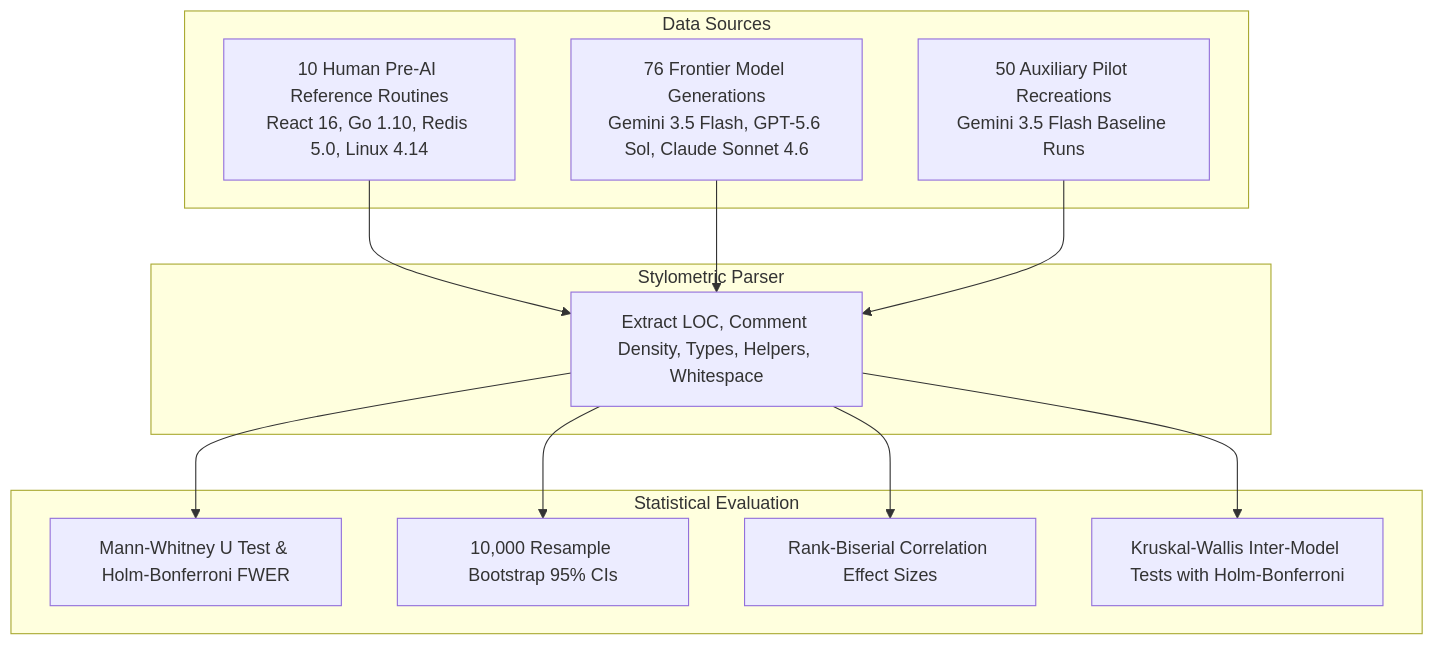
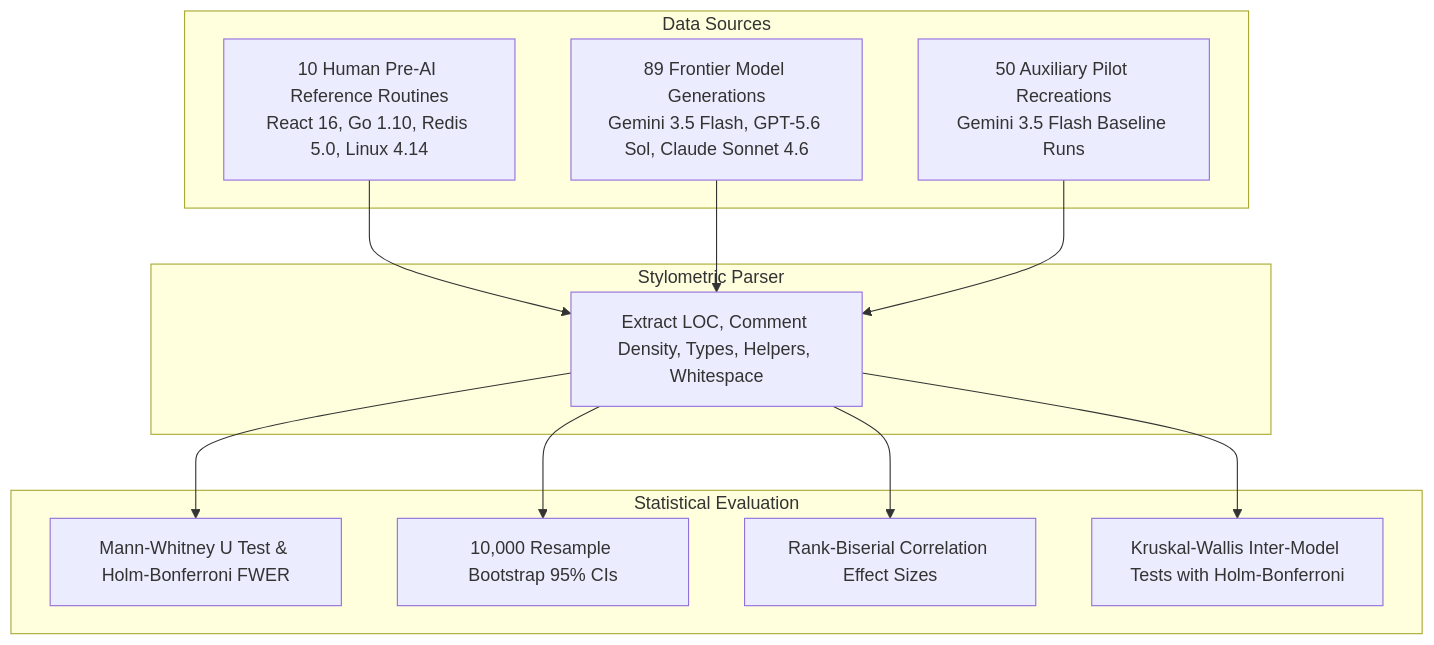
The diagram in paper/research_paper.md (local-over/ai-code-stylometrics-study), drawn with Mermaid before and after one commit. The commit also changed other lines of this file and 5 other files, not shown here.

````diff
--- a/paper/research_paper.md
+++ b/paper/research_paper.md
@@ -34,27 +34,27 @@
 ```mermaid
 flowchart TD
     subgraph Data Sources
         H[10 Human Pre-AI Reference Routines\nReact 16, Go 1.10, Redis 5.0, Linux 4.14]
-        F[76 Frontier Model Generations\nGemini 3.5 Flash, GPT-5.6 Sol, Claude Sonnet 4.6]
+        F[89 Frontier Model Generations\nGemini 3.5 Flash, GPT-5.6 Sol, Claude Sonnet 4.6]
         A[50 Auxiliary Pilot Recreations\nGemini 3.5 Flash Baseline Runs]
     end
 
     subgraph Stylometric Parser
         P[Extract LOC, Comment Density, Types, Helpers, Whitespace]
     end
 
     subgraph Statistical Evaluation
         M[Mann-Whitney U Test & Holm-Bonferroni FWER]
         B[10,000 Resample Bootstrap 95% CIs]
         E[Rank-Biserial Correlation Effect Sizes]
         K[Kruskal-Wallis Inter-Model Tests with Holm-Bonferroni]
     end
 
     H --> P
     F --> P
     A --> P
     P --> M
     P --> B
     P --> E
     P --> K
 ```
````
